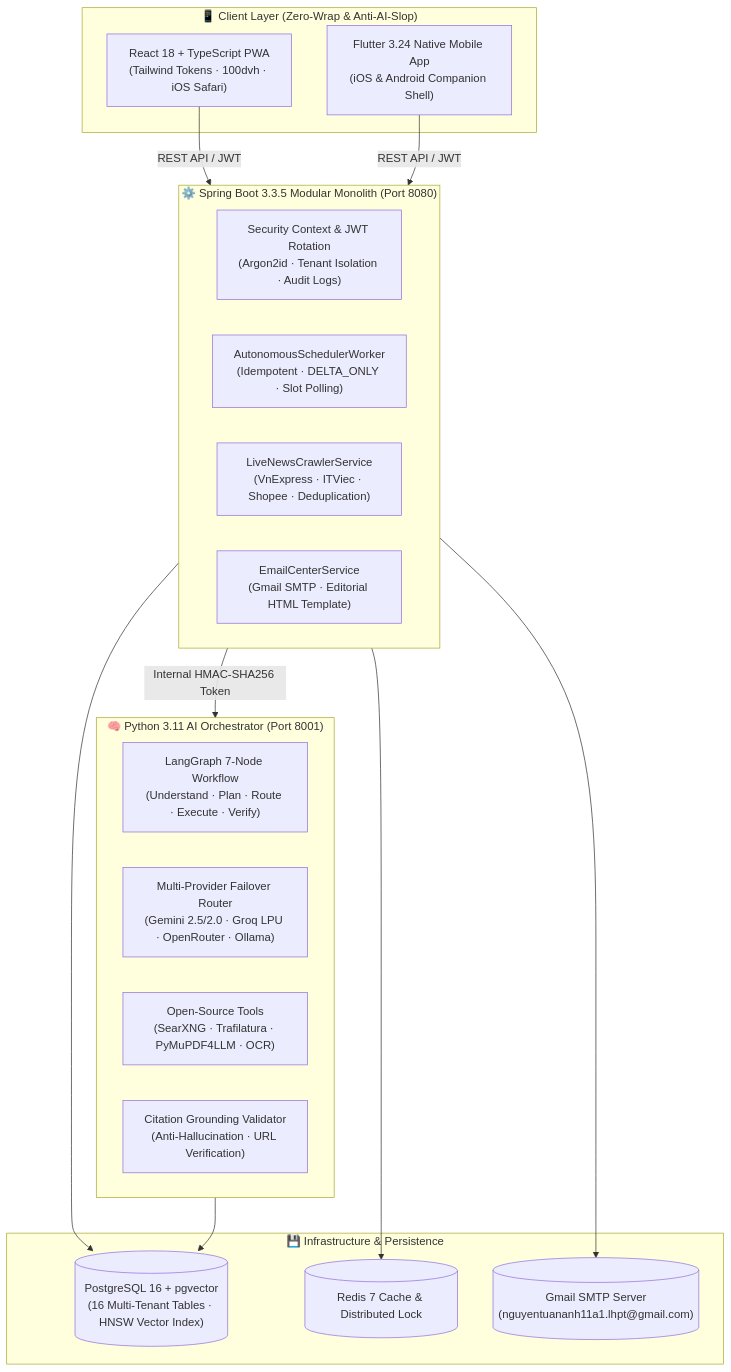
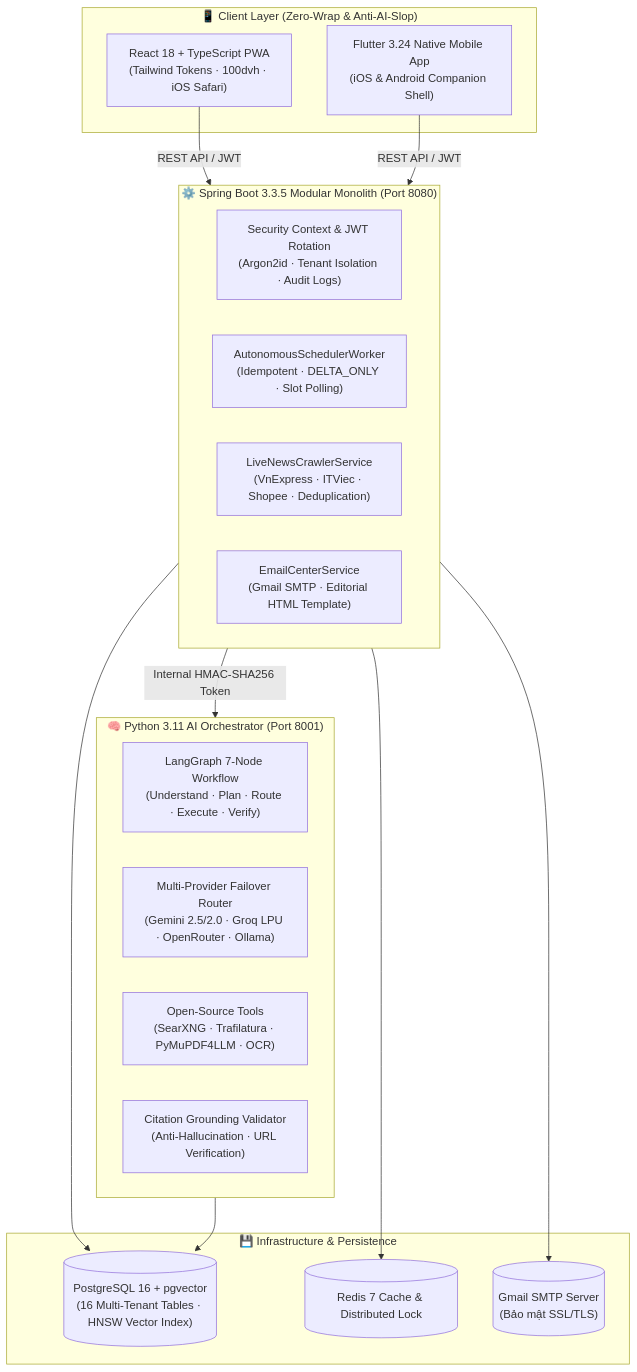
The diagram in README.md (TuanANh561/AIFP), drawn with Mermaid before and after one commit. The commit also changed other lines of this file and 8 other files, not shown here.

````diff
--- a/README.md
+++ b/README.md
@@ -41,35 +66,35 @@
 ```mermaid
 flowchart TD
     subgraph Clients["📱 Client Layer (Zero-Wrap & Anti-AI-Slop)"]
         PWA["React 18 + TypeScript PWA\n(Tailwind Tokens · 100dvh · iOS Safari)"]
         Flutter["Flutter 3.24 Native Mobile App\n(iOS & Android Companion Shell)"]
     end
 
     subgraph BackendMonolith["⚙️ Spring Boot 3.3.5 Modular Monolith (Port 8080)"]
         Security["Security Context & JWT Rotation\n(Argon2id · Tenant Isolation · Audit Logs)"]
         Scheduler["AutonomousSchedulerWorker\n(Idempotent · DELTA_ONLY · Slot Polling)"]
         NewsEngine["LiveNewsCrawlerService\n(VnExpress · ITViec · Shopee · Deduplication)"]
         EmailCenter["EmailCenterService\n(Gmail SMTP · Editorial HTML Template)"]
     end
 
     subgraph AIService["🧠 Python 3.11 AI Orchestrator (Port 8001)"]
         LangGraphAgent["LangGraph 7-Node Workflow\n(Understand · Plan · Route · Execute · Verify)"]
         ModelRouter["Multi-Provider Failover Router\n(Gemini 2.5/2.0 · Groq LPU · OpenRouter · Ollama)"]
         OpenSourceTools["Open-Source Tools\n(SearXNG · Trafilatura · PyMuPDF4LLM · OCR)"]
         CitationGrounder["Citation Grounding Validator\n(Anti-Hallucination · URL Verification)"]
     end
 
     subgraph StorageInfra["💾 Infrastructure & Persistence"]
         Postgres[("PostgreSQL 16 + pgvector\n(16 Multi-Tenant Tables · HNSW Vector Index)")]
         Redis[("Redis 7 Cache & Distributed Lock")]
-        SMTP[("Gmail SMTP Server\n(nguyentuananh11a1.lhpt@gmail.com)")]
+        SMTP[("Gmail SMTP Server\n(Bảo mật SSL/TLS)")]
     end
 
     PWA -->|REST API / JWT| BackendMonolith
     Flutter -->|REST API / JWT| BackendMonolith
     BackendMonolith -->|Internal HMAC-SHA256 Token| AIService
     BackendMonolith --> Postgres
     BackendMonolith --> Redis
     BackendMonolith --> SMTP
     AIService --> Postgres
 ```
````
